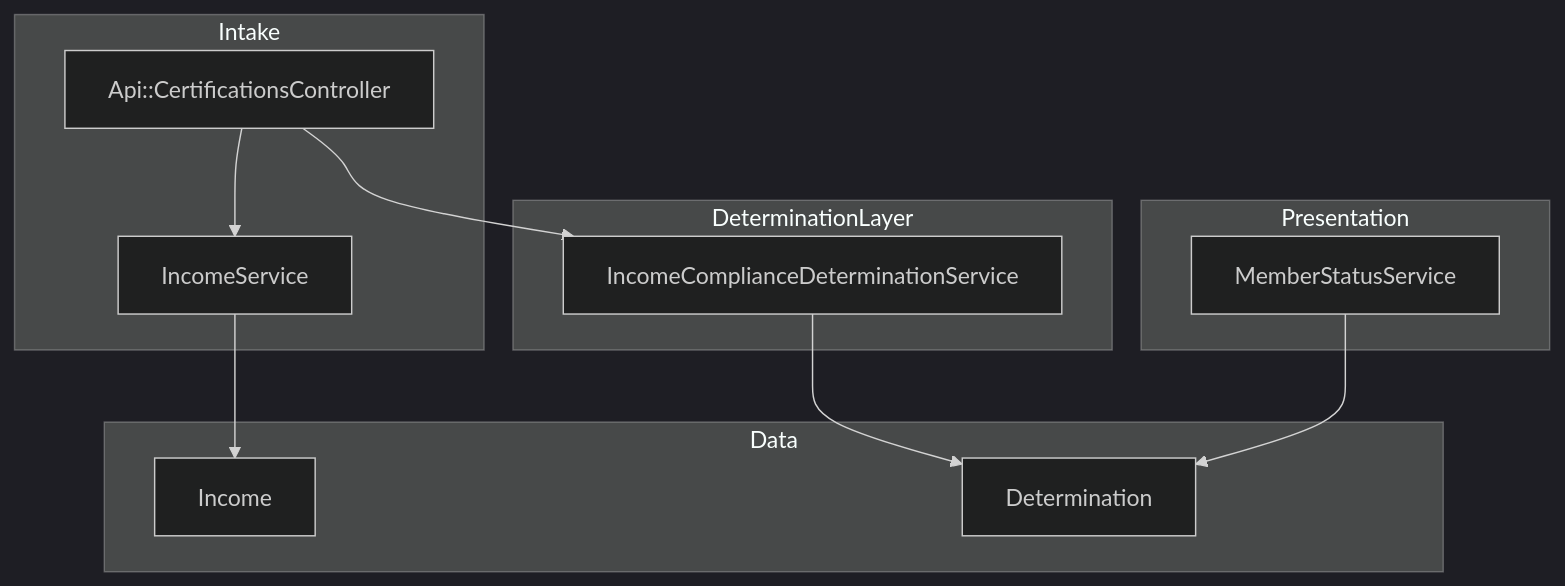
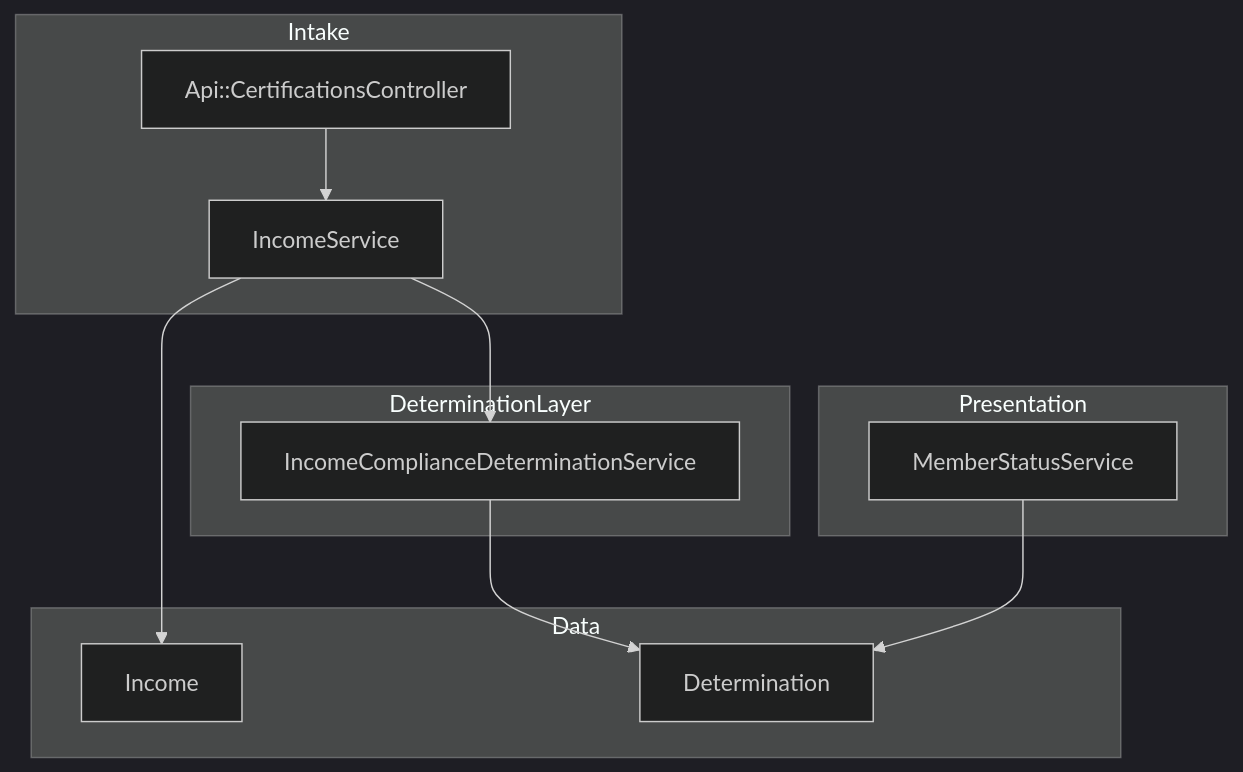
One commit to navapbc/oscer changed the second of 2 diagrams in docs/architecture/income-data/income-data.md. Above: the diagram before and after it, drawn with Mermaid (dark theme). The commit also changed other lines of this file and 9 other files, not shown here.

````diff
--- a/docs/architecture/income-data/income-data.md
+++ b/docs/architecture/income-data/income-data.md
@@ -59,26 +67,26 @@
 ```mermaid
 flowchart TB
     subgraph Intake
         CertAPI[Api::CertificationsController]
         IncomeService[IncomeService]
     end
 
     subgraph Data
         Income[Income]
         Determination[Determination]
     end
 
     subgraph DeterminationLayer
         IncomeComplianceService[IncomeComplianceDeterminationService]
     end
 
     subgraph Presentation
         MemberStatus[MemberStatusService]
     end
 
     CertAPI --> IncomeService
     IncomeService --> Income
-    CertAPI --> IncomeComplianceService
+    IncomeService --> IncomeComplianceService
     IncomeComplianceService --> Determination
     MemberStatus --> Determination
 ```
````
